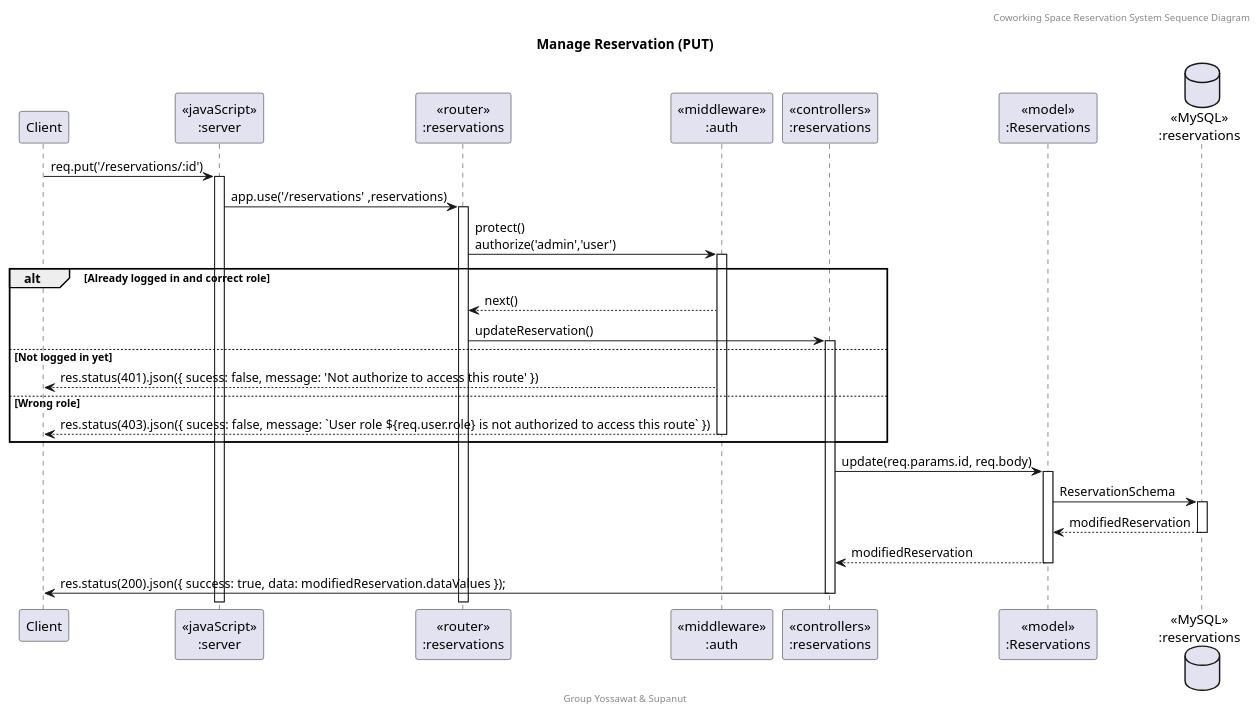
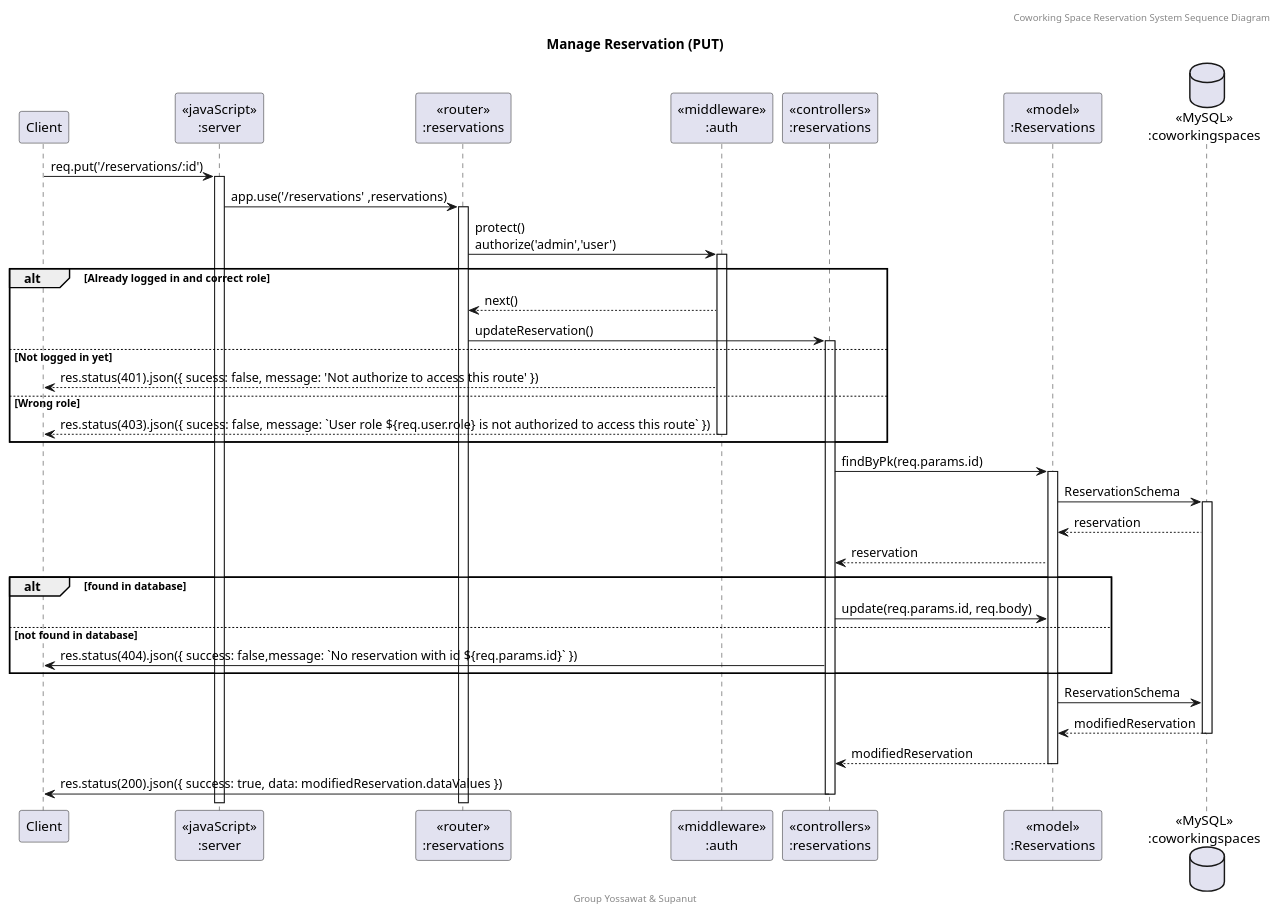
The diagram in doc/Sequence Diagram/puml/Re_Put.puml (SupanutT/sw-dev-prac-project), drawn with PlantUML before and after one commit. The commit also changed 29 other files, not shown here.

Commit message:
feat: add png for every diagram

```diff
--- a/doc/Sequence Diagram/puml/Re_Put.puml
+++ b/doc/Sequence Diagram/puml/Re_Put.puml
@@ -1,32 +1,40 @@
 @startuml Manage Reservation (PUT)
 
 header Coworking Space Reservation System Sequence Diagram
 footer Group Yossawat & Supanut
 title "Manage Reservation (PUT)"
 
 participant "Client" as client
 participant "<<javaScript>>\n:server" as server
 participant "<<router>>\n:reservations" as routerReservations
 participant "<<middleware>>\n:auth" as middleware
 participant "<<controllers>>\n:reservations" as controllersReservations
 participant "<<model>>\n:Reservations" as modelReservation
-database "<<MySQL>>\n:reservations" as ReservationsDatabase
+database "<<MySQL>>\n:coworkingspaces" as CoworkingSpacesDatabase
 
 client -> server ++:req.put('/reservations/:id')
 server -> routerReservations ++:app.use('/reservations' ,reservations)
 routerReservations -> middleware ++:protect()\nauthorize('admin','user')
 alt Already logged in and correct role
     middleware --> routerReservations : next()
     routerReservations -> controllersReservations ++: updateReservation()
 else Not logged in yet
     middleware --> client : res.status(401).json({ sucess: false, message: 'Not authorize to access this route' })
 else Wrong role
     middleware --> client --: res.status(403).json({ sucess: false, message: `User role ${req.user.role} is not authorized to access this route` })
 end
-controllersReservations -> modelReservation ++: update(req.params.id, req.body)
-modelReservation -> ReservationsDatabase ++: ReservationSchema
-ReservationsDatabase --> modelReservation --: modifiedReservation
+controllersReservations -> modelReservation ++: findByPk(req.params.id)
+modelReservation -> CoworkingSpacesDatabase ++: ReservationSchema
+CoworkingSpacesDatabase --> modelReservation : reservation
+controllersReservations <-- modelReservation : reservation
+alt found in database
+    controllersReservations -> modelReservation : update(req.params.id, req.body)
+else not found in database
+    controllersReservations -> client : res.status(404).json({ success: false,message: `No reservation with id ${req.params.id}` })
+end
+modelReservation -> CoworkingSpacesDatabase : ReservationSchema
+CoworkingSpacesDatabase --> modelReservation --: modifiedReservation
 controllersReservations <-- modelReservation --: modifiedReservation
-controllersReservations -> client --:res.status(200).json({ success: true, data: modifiedReservation.dataValues });
+controllersReservations -> client --:res.status(200).json({ success: true, data: modifiedReservation.dataValues })
 
 @enduml
```
